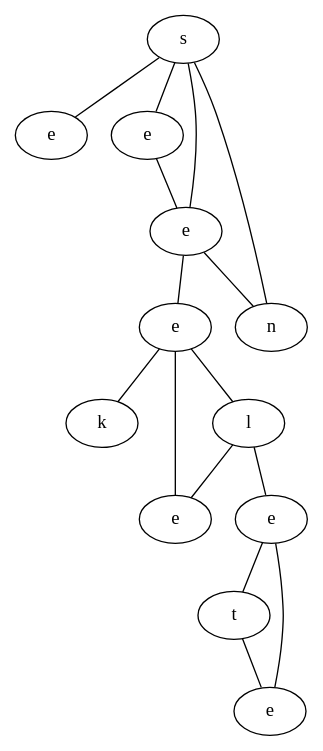
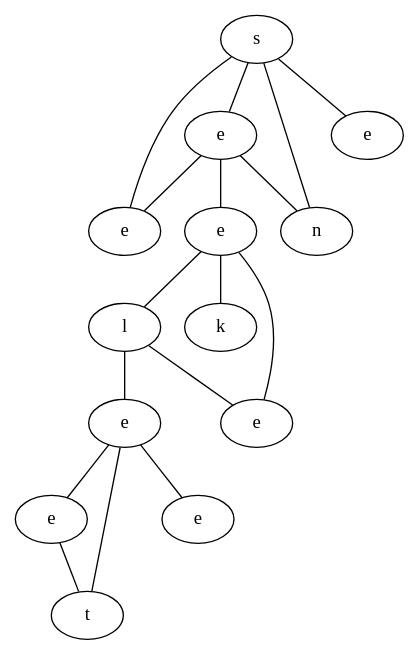
Before and after one commit to schrum2/MM-NEAT: the diagram in data/VGLC/graph.dot, drawn with Graphviz. The commit also changed 20 other files, not shown here.

Commit message:
Add ability to save and load graph grammars #353

```diff
--- a/data/VGLC/graph.dot
+++ b/data/VGLC/graph.dot
@@ -1,29 +1,31 @@
 graph {
-YTUH[label="s"]
-Txcj[label="e"]
-NSOC[label="e"]
-crrE[label="e"]
-Vfbq[label="n"]
-Ervy[label="e"]
-SFOj[label="k"]
-IYVY[label="l"]
-VFDl[label="e"]
-ibQb[label="e"]
-gPhv[label="t"]
-kzUv[label="e"]
-YTUH -- Txcj
-YTUH -- NSOC
-YTUH -- crrE
-YTUH -- Vfbq
-NSOC -- crrE
-crrE -- Ervy
-crrE -- Vfbq
-Ervy -- SFOj
-Ervy -- IYVY
-Ervy -- VFDl
-IYVY -- ibQb
-IYVY -- VFDl
-ibQb -- gPhv
-ibQb -- kzUv
-gPhv -- kzUv
+ZjCH[label="s"]
+YISp[label="e"]
+ggJE[label="e"]
+kvpT[label="n"]
+RBUb[label="e"]
+zbBV[label="e"]
+wBPm[label="l"]
+XYDC[label="k"]
+ylNt[label="e"]
+ycxz[label="e"]
+OmkA[label="e"]
+VvMz[label="t"]
+ePyb[label="e"]
+ZjCH -- YISp
+ZjCH -- ggJE
+ZjCH -- kvpT
+ZjCH -- RBUb
+YISp -- zbBV
+YISp -- ggJE
+YISp -- kvpT
+zbBV -- wBPm
+zbBV -- XYDC
+zbBV -- ylNt
+wBPm -- ylNt
+wBPm -- ycxz
+ycxz -- OmkA
+ycxz -- VvMz
+ycxz -- ePyb
+OmkA -- VvMz
 }
```
